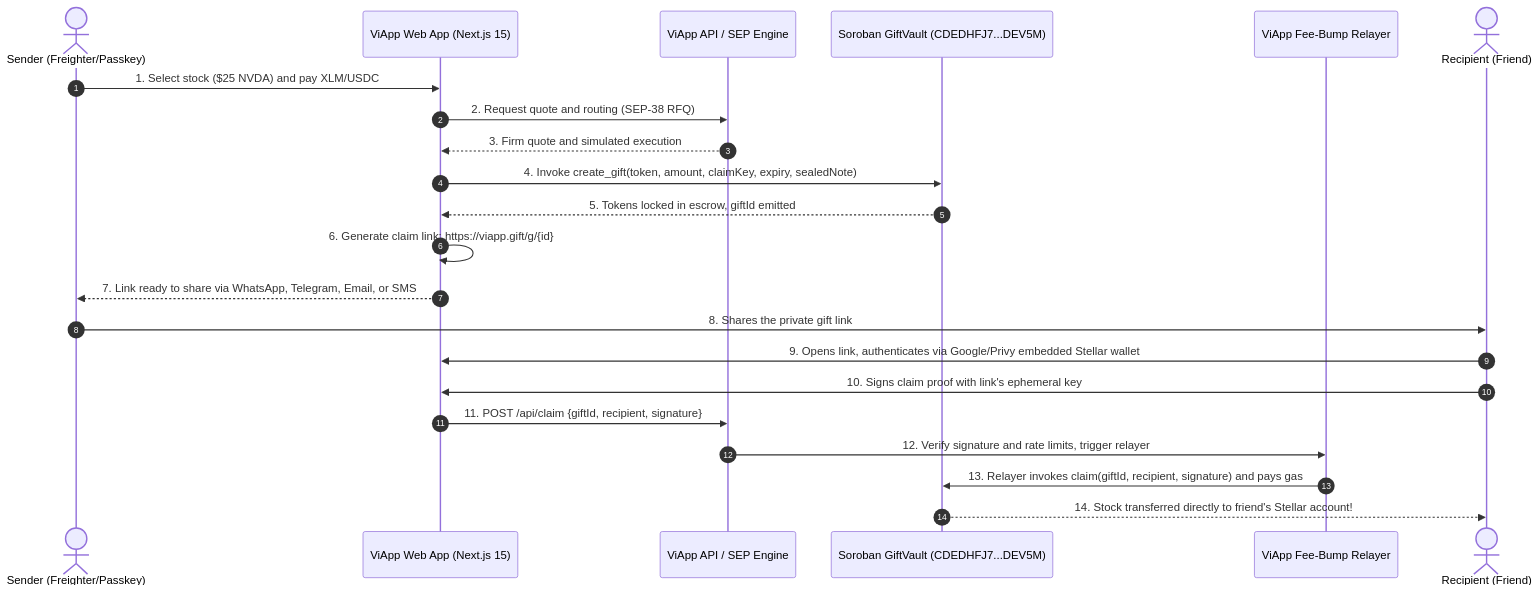
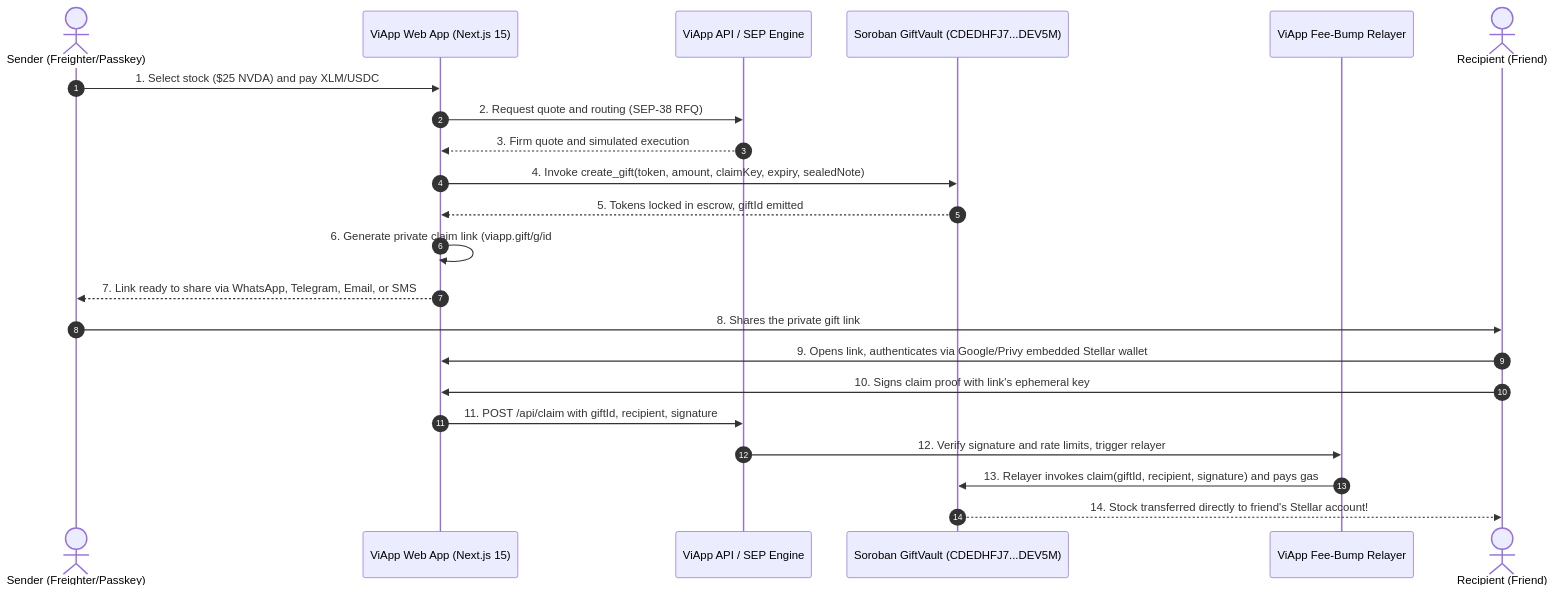
One commit to ibochivincent-lang/viapp changed the second of 2 diagrams in README.md. Above: the diagram before and after it, drawn with Mermaid. The commit also changed other lines of this file and 7 other files, not shown here.

````diff
--- a/README.md
+++ b/README.md
@@ -72,25 +72,25 @@
 ```mermaid
 sequenceDiagram
   autonumber
   actor S as Sender (Freighter/Passkey)
   participant UI as ViApp Web App (Next.js 15)
   participant API as ViApp API / SEP Engine
   participant V as Soroban GiftVault (CDEDHFJ7...DEV5M)
   participant R as ViApp Fee-Bump Relayer
   actor F as Recipient (Friend)
 
   S->>UI: 1. Select stock ($25 NVDA) and pay XLM/USDC
   UI->>API: 2. Request quote and routing (SEP-38 RFQ)
   API-->>UI: 3. Firm quote and simulated execution
   UI->>V: 4. Invoke create_gift(token, amount, claimKey, expiry, sealedNote)
   V-->>UI: 5. Tokens locked in escrow, giftId emitted
-  UI->>UI: 6. Generate claim link: https://viapp.gift/g/{id}#{claimSecret}
+  UI->>UI: 6. Generate private claim link (viapp.gift/g/id#claimSecret)
   UI-->>S: 7. Link ready to share via WhatsApp, Telegram, Email, or SMS
   S->>F: 8. Shares the private gift link
   F->>UI: 9. Opens link, authenticates via Google/Privy embedded Stellar wallet
   F->>UI: 10. Signs claim proof with link's ephemeral key
-  UI->>API: 11. POST /api/claim {giftId, recipient, signature}
+  UI->>API: 11. POST /api/claim with giftId, recipient, signature
   API->>R: 12. Verify signature and rate limits, trigger relayer
   R->>V: 13. Relayer invokes claim(giftId, recipient, signature) and pays gas
   V-->>F: 14. Stock transferred directly to friend's Stellar account!
 ```
````
